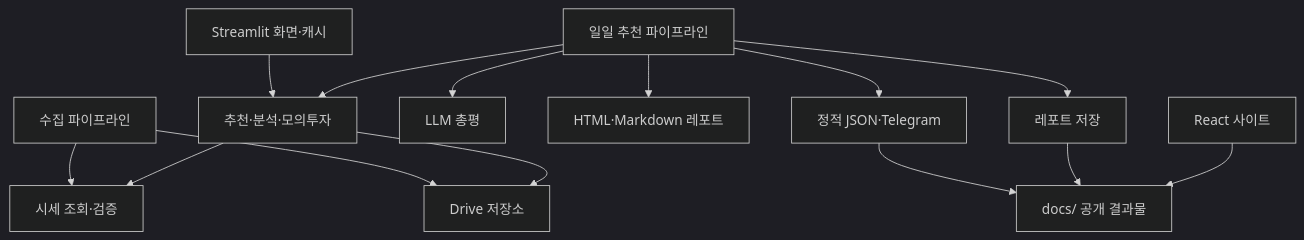
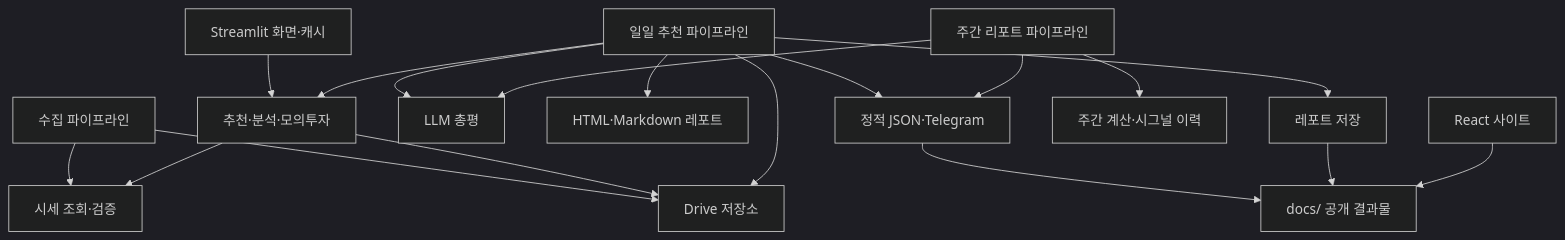
One commit to garam827/ai_invest_assistant changed the diagram in documentation/architecture/layout.md. Above: the diagram before and after it, drawn with Mermaid (dark theme). The commit also changed other lines of this file and 19 other files, not shown here.

````diff
--- a/documentation/architecture/layout.md
+++ b/documentation/architecture/layout.md
@@ -26,16 +27,20 @@
 ```mermaid
 flowchart TD
   UI[Streamlit 화면·캐시] --> Engine[추천·분석·모의투자]
   Collect[수집 파이프라인] --> Data[시세 조회·검증]
   Collect --> Drive[Drive 저장소]
   Daily[일일 추천 파이프라인] --> Engine
   Engine --> Data
   Engine --> Drive
   Daily --> Briefing[LLM 총평]
   Daily --> Report[HTML·Markdown 레포트]
   Daily --> Publish[정적 JSON·Telegram]
   Daily --> Store[레포트 저장]
   Publish --> Pages[docs/ 공개 결과물]
+  Weekly[주간 리포트 파이프라인] --> WeeklyCalc[주간 계산·시그널 이력]
+  Weekly --> Briefing
+  Weekly --> Publish
+  Daily --> Drive
   Store --> Pages
   Web[React 사이트] --> Pages
 ```
````
